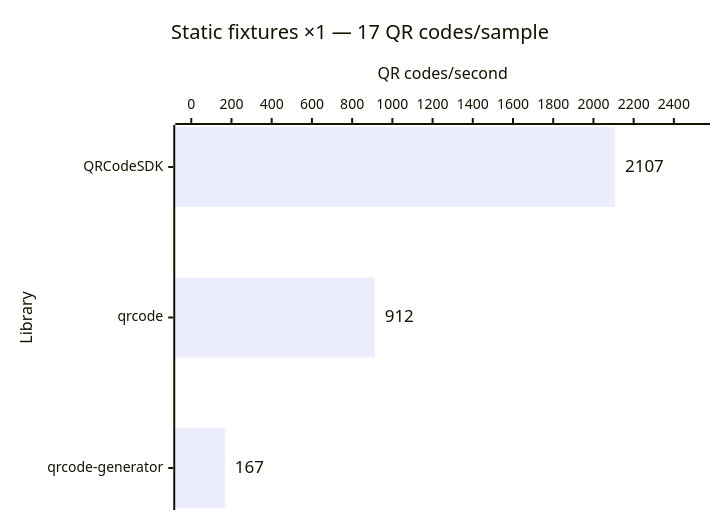
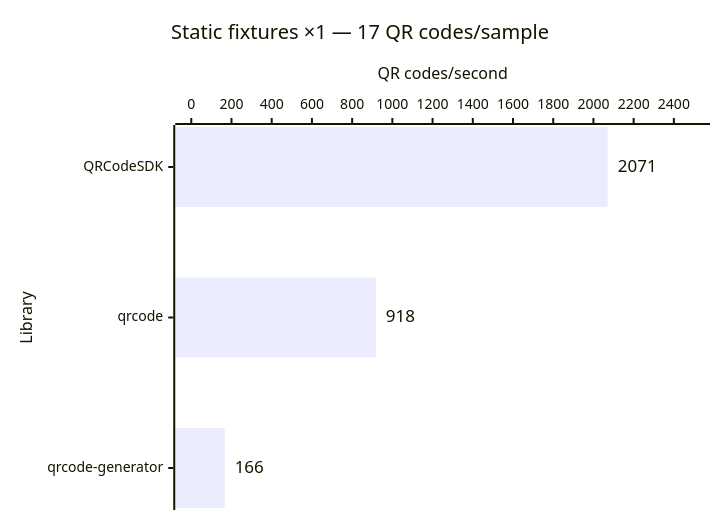
One commit to Dafnik/qrcodesdk changed the fifth of 14 diagrams in apps/docs/src/content/docs/learn/performance.md. Above: the diagram before and after it, drawn with Mermaid. The commit also changed other lines of this file and 75 other files, not shown here.

````diff
--- a/apps/docs/src/content/docs/learn/performance.md
+++ b/apps/docs/src/content/docs/learn/performance.md
@@ -115,15 +115,15 @@
 ```mermaid
 ---
 config:
   xyChart:
     showDataLabel: true
     showDataLabelOutsideBar: true
 ---
 xychart horizontal
   accTitle: Automatic matrix generation: Static fixtures ×1 — 17 QR codes/sample
-  accDescr: Throughput calculated from median time. QRCodeSDK 2,107 QR codes per second, qrcode 912 QR codes per second, qrcode-generator 167 QR codes per second. Higher is better.
+  accDescr: Throughput calculated from median time. QRCodeSDK 2,071 QR codes per second, qrcode 918 QR codes per second, qrcode-generator 166 QR codes per second. Higher is better.
   title "Static fixtures ×1 — 17 QR codes/sample"
   x-axis "Library" ["QRCodeSDK", "qrcode", "qrcode-generator"]
   y-axis "QR codes/second" 0 --> 2500
-  bar [2107, 912, 167]
+  bar [2071, 918, 166]
 ```
````
